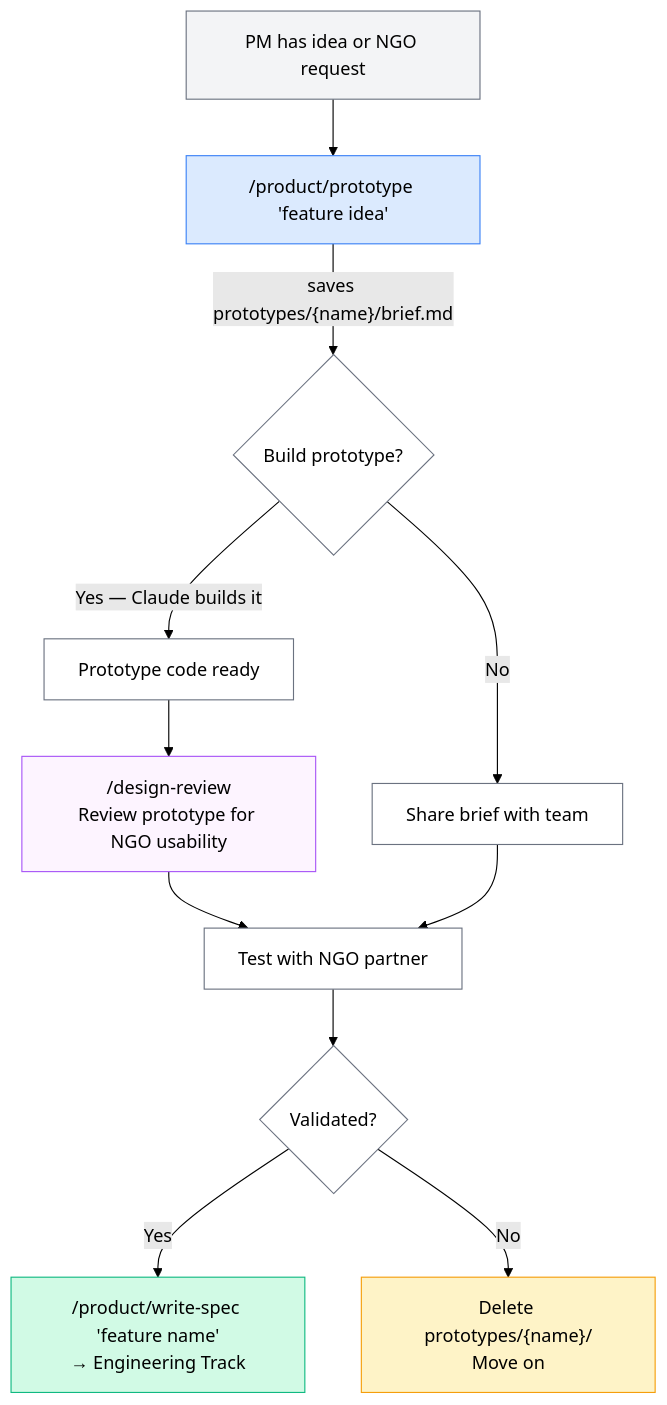
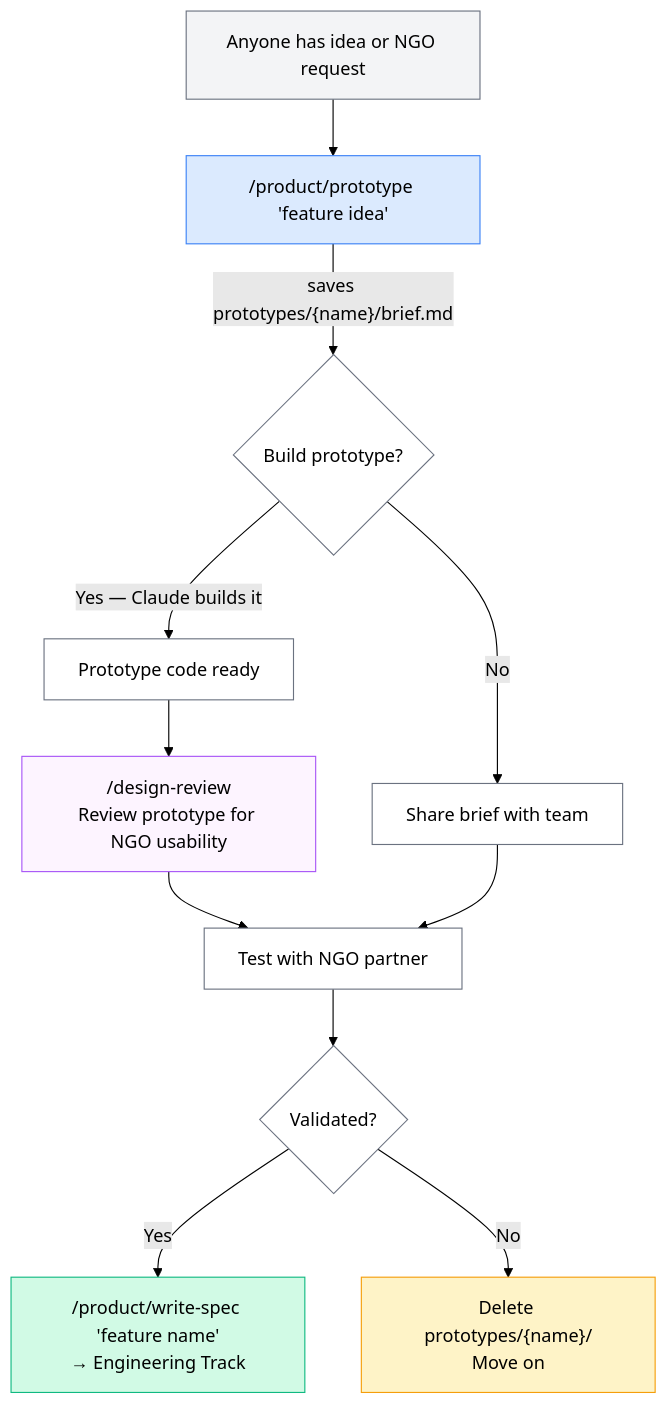
Before and after one commit to DalgoT4D/dalgo-core: the first of 2 diagrams in README.md, drawn with Mermaid (forest theme). The commit also changed other lines of this file, not shown here.

````diff
--- a/README.md
+++ b/README.md
@@ -56,24 +56,24 @@
 ```mermaid
 flowchart TD
-    A["PM has idea or NGO request"] --> B["/product/prototype 'feature idea'"]
+    A["Anyone has idea or NGO request"] --> B["/product/prototype 'feature idea'"]
     B --> |"saves prototypes/{name}/brief.md"| C{"Build prototype?"}
     C --> |"Yes — Claude builds it"| D["Prototype code ready"]
     C --> |"No"| E["Share brief with team"]
     D --> DR["/design-review\nReview prototype for NGO usability"]
     DR --> F["Test with NGO partner"]
     E --> F
     F --> G{Validated?}
     G --> |"Yes"| H["/product/write-spec 'feature name'\n→ Engineering Track"]
     G --> |"No"| I["Delete prototypes/{name}/\nMove on"]
 
     style A fill:#f3f4f6,stroke:#6b7280,color:#000
     style B fill:#dbeafe,stroke:#3b82f6,color:#000
     style C fill:#fff,stroke:#6b7280,color:#000
     style D fill:#fff,stroke:#6b7280,color:#000
     style DR fill:#fdf4ff,stroke:#a855f7,color:#000
     style E fill:#fff,stroke:#6b7280,color:#000
     style F fill:#fff,stroke:#6b7280,color:#000
     style G fill:#fff,stroke:#6b7280,color:#000
     style H fill:#d1fae5,stroke:#10b981,color:#000
     style I fill:#fef3c7,stroke:#f59e0b,color:#000
 ```
````
